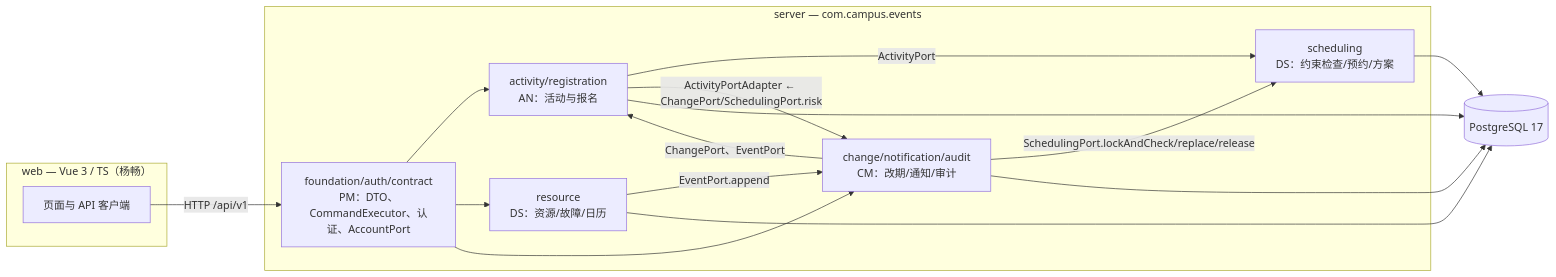
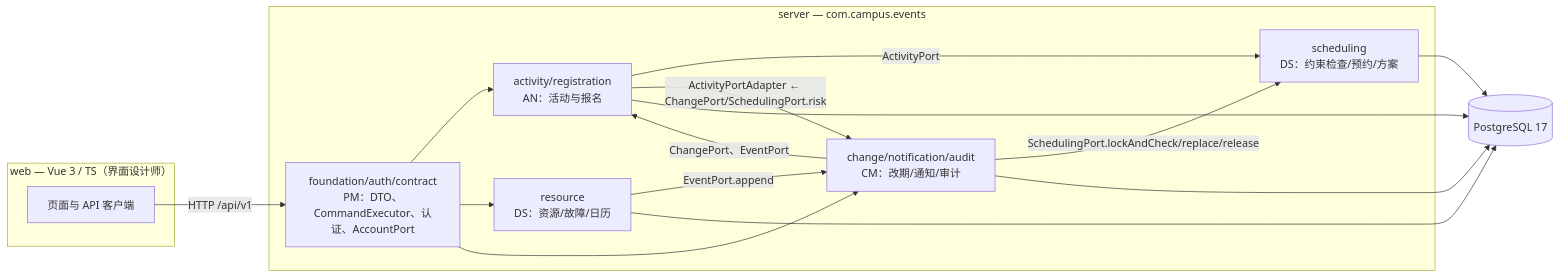
One commit to Rito-492/campus-sched changed the first of 5 diagrams in docs/design/system-design.md. Above: the diagram before and after it, drawn with Mermaid. The commit also changed other lines of this file and 2165 other files, not shown here.

````diff
--- a/docs/design/system-design.md
+++ b/docs/design/system-design.md
@@ -10,24 +10,24 @@
 ```mermaid
 flowchart LR
-    subgraph web["web — Vue 3 / TS（杨畅）"]
+    subgraph web["web — Vue 3 / TS（界面设计师）"]
         FE["页面与 API 客户端"]
     end
     subgraph server["server — com.campus.events"]
         F["foundation/auth/contract<br/>PM：DTO、CommandExecutor、认证、AccountPort"]
         A["activity/registration\nAN：活动与报名"]
         R["resource\nDS：资源/故障/日历"]
         S["scheduling\nDS：约束检查/预约/方案"]
         C["change/notification/audit\nCM：改期/通知/审计"]
     end
     DB[("PostgreSQL 17")]
     FE -->|"HTTP /api/v1"| F
     F --> A
     F --> R
     F --> C
     A -->|"ActivityPort"| S
     A -->|"ActivityPortAdapter ← ChangePort/SchedulingPort.risk"| C
     C -->|"ChangePort、EventPort"| A
     C -->|"SchedulingPort.lockAndCheck/replace/release"| S
     R -->|"EventPort.append"| C
     A & R & S & C --> DB
 ```
````
